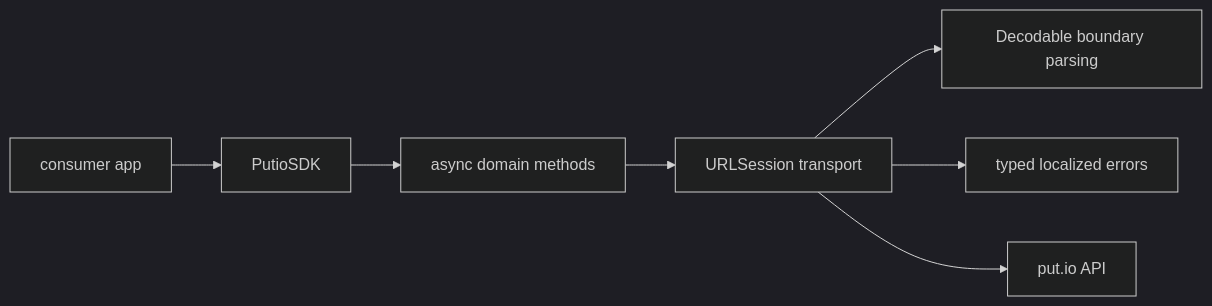
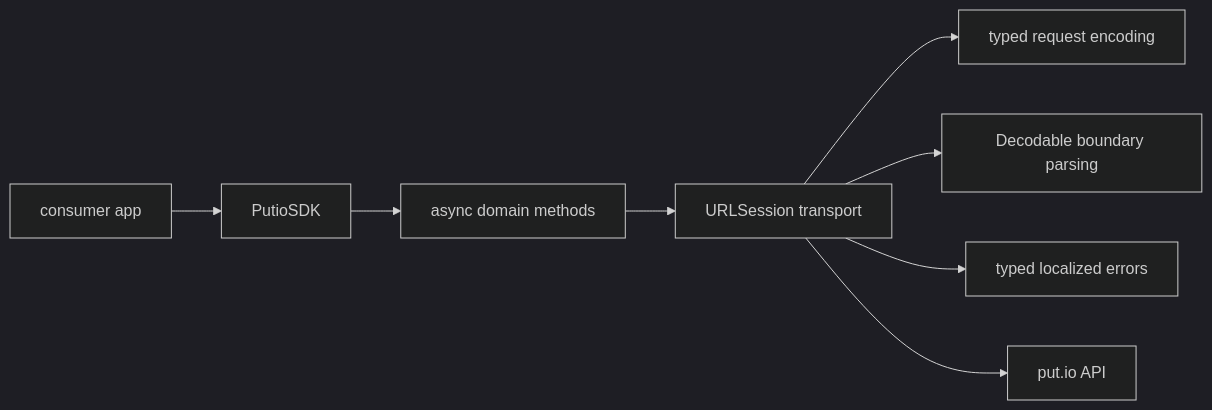
Before and after one commit to putdotio/putio-swift: the diagram in docs/ARCHITECTURE.md, drawn with Mermaid (dark theme). The commit also changed other lines of this file and 28 other files, not shown here.

````diff
--- a/docs/ARCHITECTURE.md
+++ b/docs/ARCHITECTURE.md
@@ -9,9 +9,10 @@
 ```mermaid
 graph LR
   Consumer["consumer app"] --> Client["PutioSDK"]
   Client --> Async["async domain methods"]
   Async --> Transport["URLSession transport"]
+  Transport --> Encode["typed request encoding"]
   Transport --> Decode["Decodable boundary parsing"]
   Transport --> Errors["typed localized errors"]
   Transport --> API["put.io API"]
 ```
````
